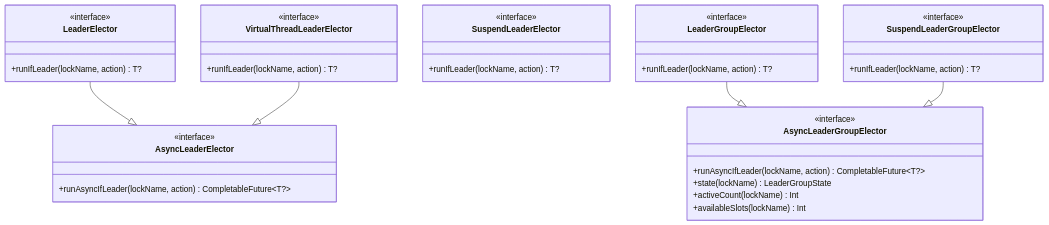
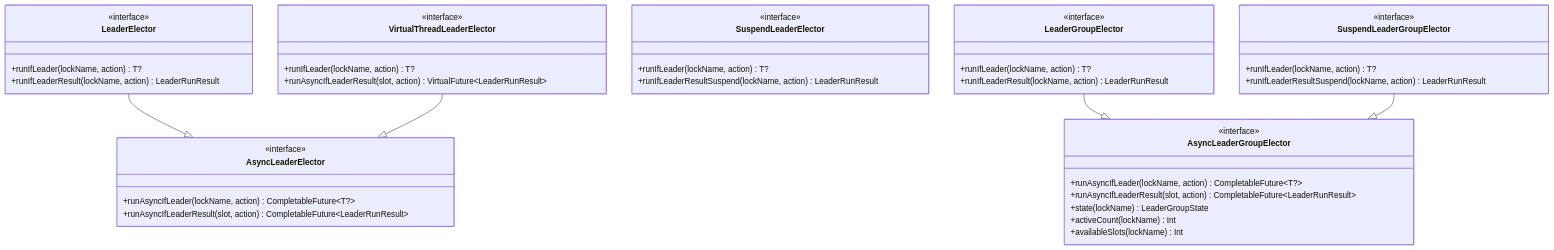
Before and after one commit to bluetape4k/bluetape4k-leader: the first of 3 diagrams in leader-core/README.ko.md, drawn with Mermaid. The commit also changed other lines of this file and 45 other files, not shown here.

````diff
--- a/leader-core/README.ko.md
+++ b/leader-core/README.ko.md
@@ -15,39 +15,46 @@
 ```mermaid
 classDiagram
     class AsyncLeaderElector {
         <<interface>>
         +runAsyncIfLeader(lockName, action) CompletableFuture~T?~
+        +runAsyncIfLeaderResult(slot, action) CompletableFuture~LeaderRunResult~
     }
     class LeaderElector {
         <<interface>>
         +runIfLeader(lockName, action) T?
+        +runIfLeaderResult(lockName, action) LeaderRunResult
     }
     class VirtualThreadLeaderElector {
         <<interface>>
         +runIfLeader(lockName, action) T?
+        +runAsyncIfLeaderResult(slot, action) VirtualFuture~LeaderRunResult~
     }
     class SuspendLeaderElector {
         <<interface>>
         +runIfLeader(lockName, action) T?
+        +runIfLeaderResultSuspend(lockName, action) LeaderRunResult
     }
     class AsyncLeaderGroupElector {
         <<interface>>
         +runAsyncIfLeader(lockName, action) CompletableFuture~T?~
+        +runAsyncIfLeaderResult(slot, action) CompletableFuture~LeaderRunResult~
         +state(lockName) LeaderGroupState
         +activeCount(lockName) Int
         +availableSlots(lockName) Int
     }
     class LeaderGroupElector {
         <<interface>>
         +runIfLeader(lockName, action) T?
+        +runIfLeaderResult(lockName, action) LeaderRunResult
     }
     class SuspendLeaderGroupElector {
         <<interface>>
         +runIfLeader(lockName, action) T?
+        +runIfLeaderResultSuspend(lockName, action) LeaderRunResult
     }
 
     LeaderElector --|> AsyncLeaderElector
     VirtualThreadLeaderElector --|> AsyncLeaderElector
     LeaderGroupElector --|> AsyncLeaderGroupElector
     SuspendLeaderGroupElector --|> AsyncLeaderGroupElector
 ```
````
